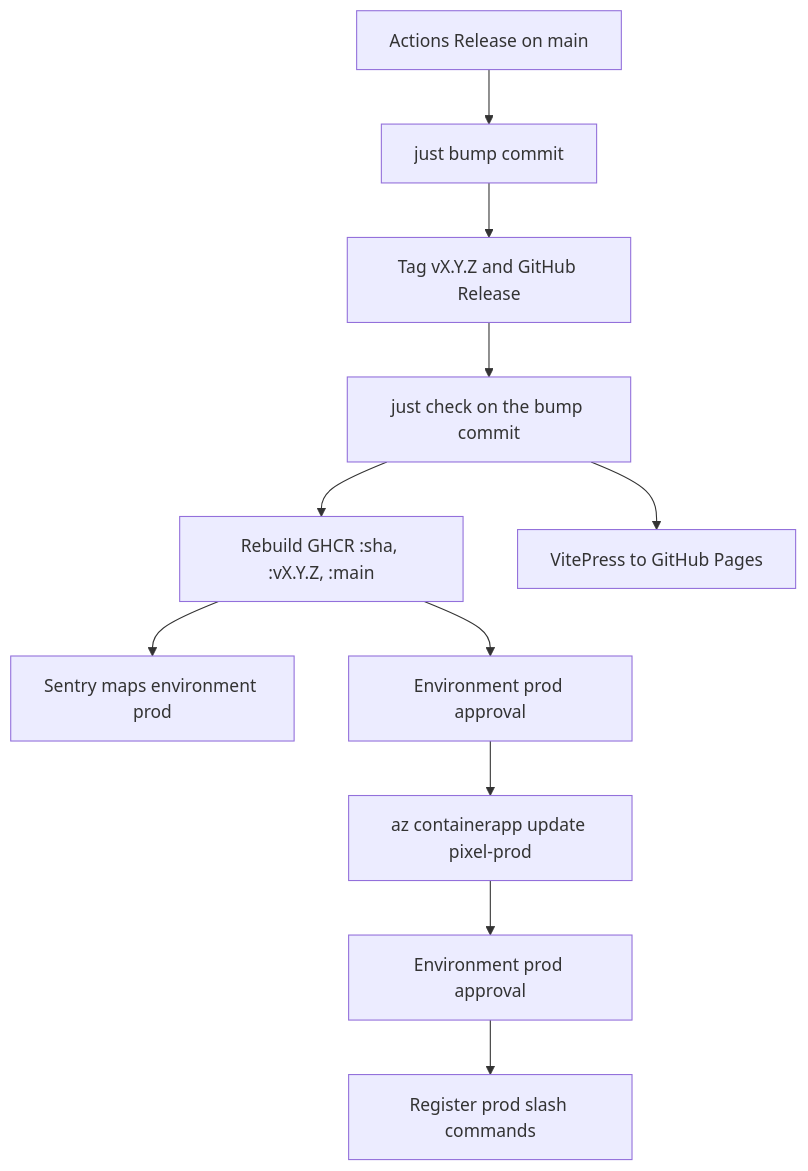
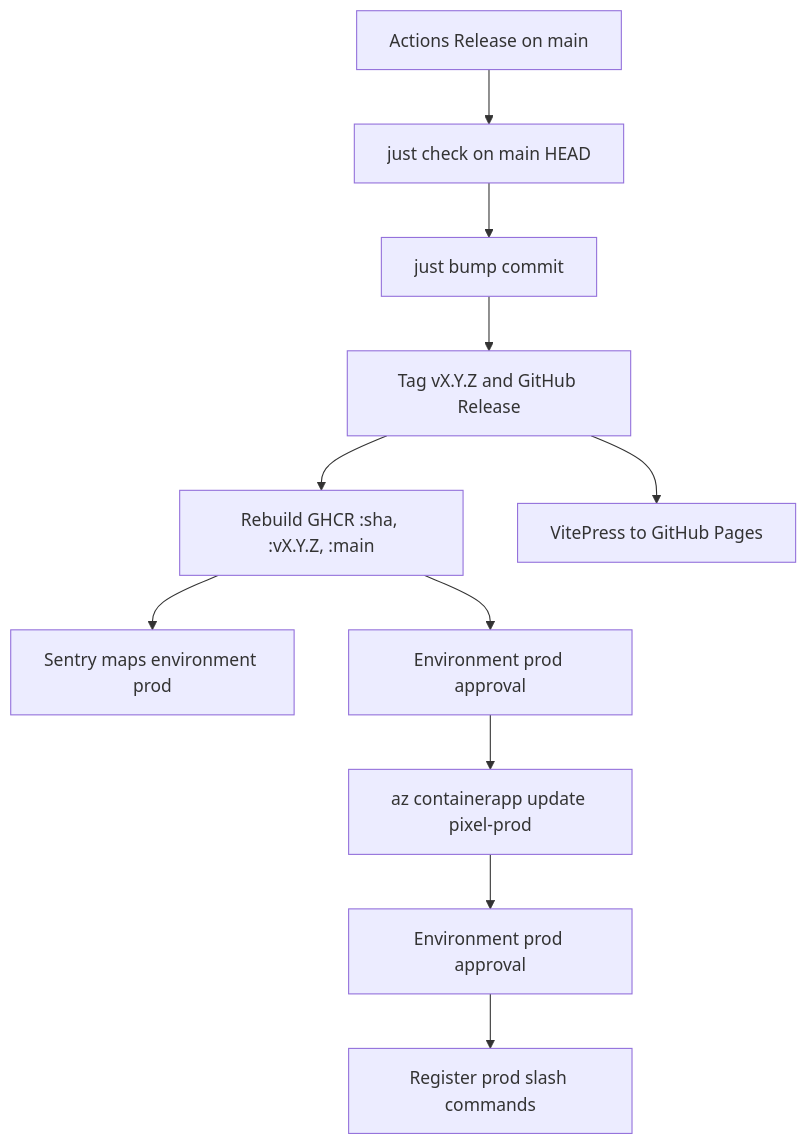
The third of 3 diagrams in docs/runbook.md (pixelbar/pixel), drawn with Mermaid before and after one commit. The commit also changed other lines of this file and 3 other files, not shown here.

First line of the commit message:
Run the Release check before the version bump

````diff
--- a/docs/runbook.md
+++ b/docs/runbook.md
@@ -496,14 +496,14 @@
 ```mermaid
 flowchart TD
   human[Actions Release on main]
-  human --> bump[just bump commit]
+  human --> check[just check on main HEAD]
+  check --> bump[just bump commit]
   bump --> tag[Tag vX.Y.Z and GitHub Release]
-  tag --> check[just check on the bump commit]
-  check --> img["Rebuild GHCR :sha, :vX.Y.Z, :main"]
+  tag --> img["Rebuild GHCR :sha, :vX.Y.Z, :main"]
   img --> sentry[Sentry maps environment prod]
   img --> approve[Environment prod approval]
   approve --> roll[az containerapp update pixel-prod]
   roll --> approve2[Environment prod approval]
   approve2 --> register[Register prod slash commands]
-  check --> pages[VitePress to GitHub Pages]
+  tag --> pages[VitePress to GitHub Pages]
 ```
````
